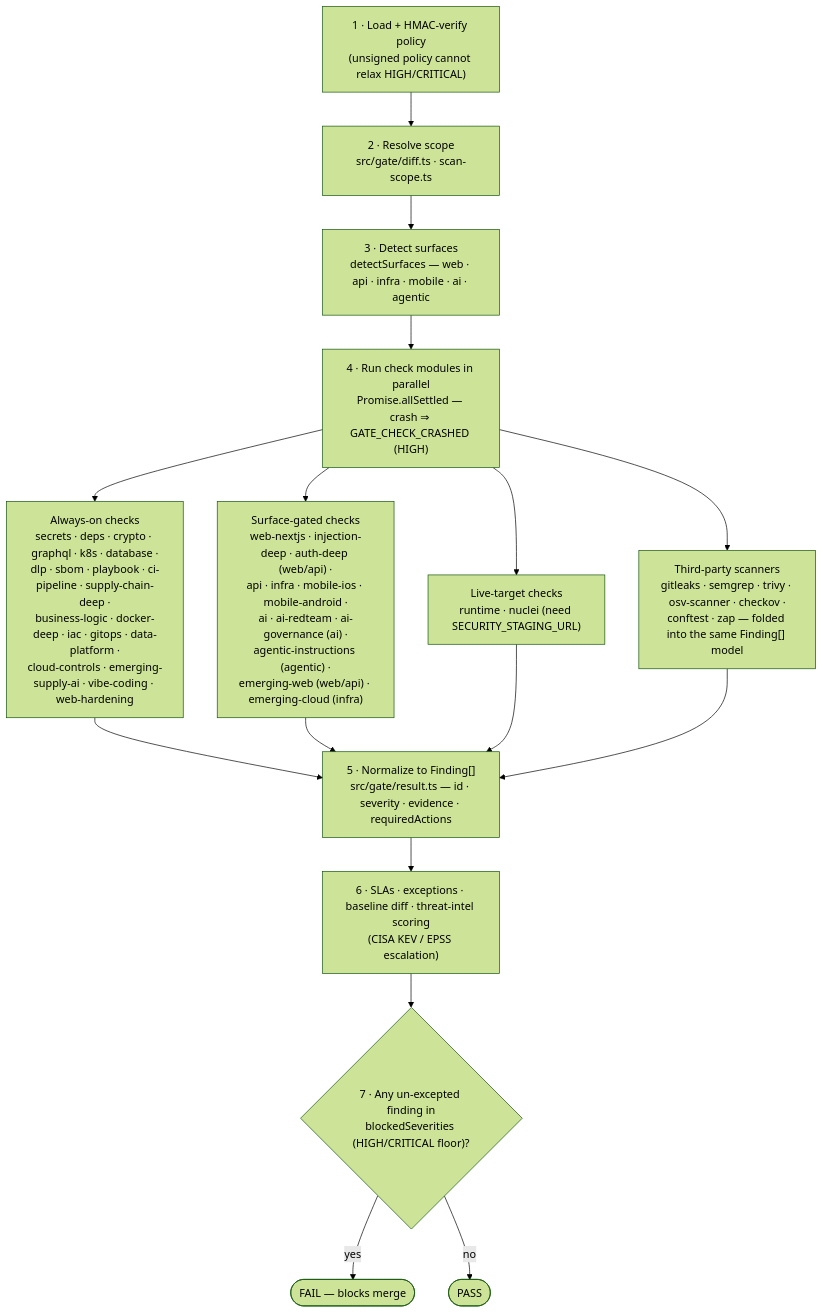
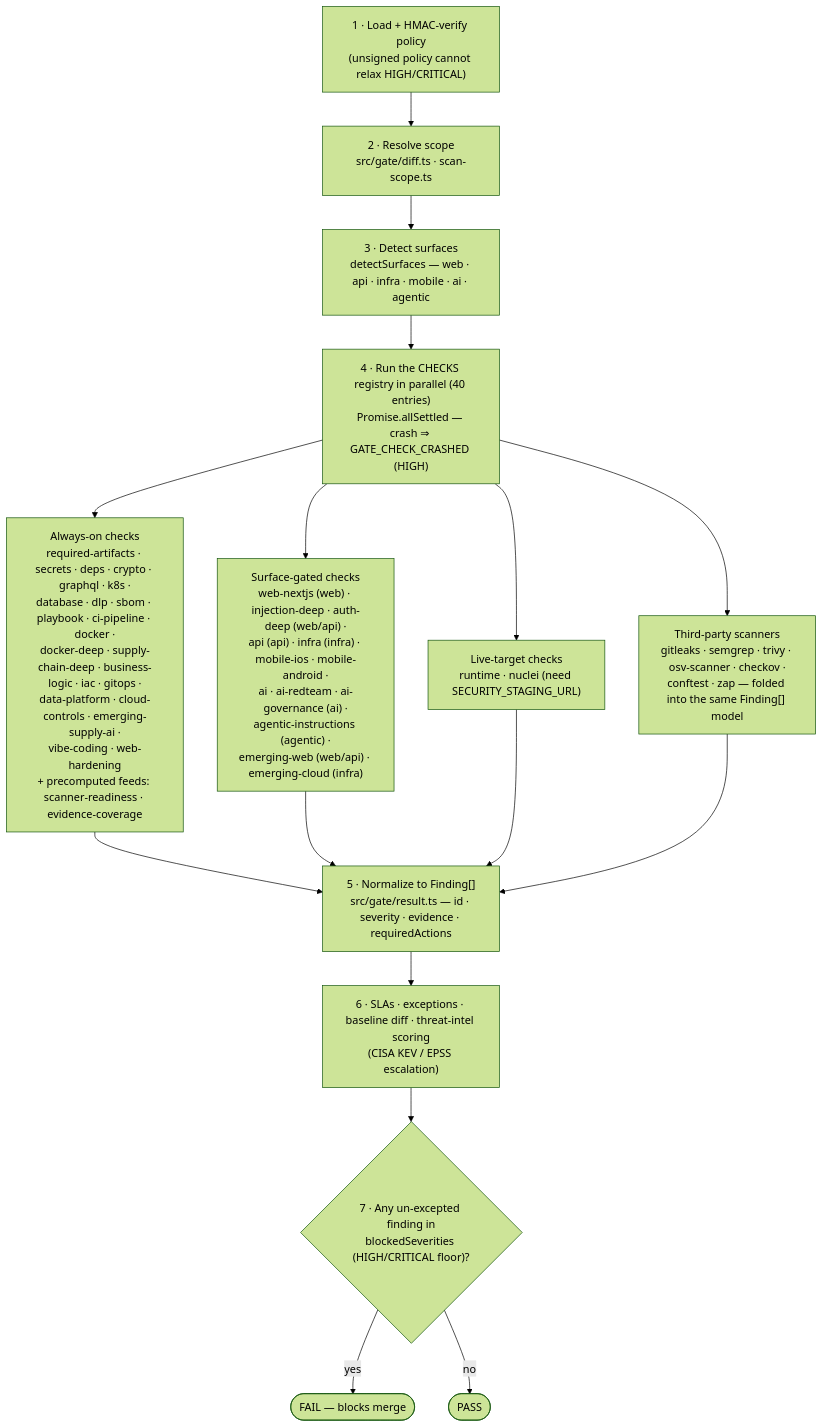
The second of 4 diagrams in docs/ARCHITECTURE.md (AbrahamOO/security-mcp), drawn with Mermaid (forest theme) before and after one commit. The commit also changed other lines of this file and 5 other files, not shown here.

````diff
--- a/docs/ARCHITECTURE.md
+++ b/docs/ARCHITECTURE.md
@@ -48,17 +48,17 @@
 ```mermaid
 flowchart TD
     P1["1 · Load + HMAC-verify policy<br/>(unsigned policy cannot relax HIGH/CRITICAL)"] --> P2
     P2["2 · Resolve scope<br/>src/gate/diff.ts · scan-scope.ts"] --> P3
     P3["3 · Detect surfaces<br/>detectSurfaces — web · api · infra · mobile · ai · agentic"] --> P4
-    P4["4 · Run check modules in parallel<br/>Promise.allSettled — crash ⇒ GATE_CHECK_CRASHED (HIGH)"]
-    P4 --> A["Always-on checks<br/>secrets · deps · crypto · graphql · k8s · database ·<br/>dlp · sbom · playbook · ci-pipeline · supply-chain-deep ·<br/>business-logic · docker-deep · iac · gitops · data-platform ·<br/>cloud-controls · emerging-supply-ai · vibe-coding · web-hardening"]
-    P4 --> S["Surface-gated checks<br/>web-nextjs · injection-deep · auth-deep (web/api) ·<br/>api · infra · mobile-ios · mobile-android ·<br/>ai · ai-redteam · ai-governance (ai) ·<br/>agentic-instructions (agentic) ·<br/>emerging-web (web/api) · emerging-cloud (infra)"]
+    P4["4 · Run the CHECKS registry in parallel (40 entries)<br/>Promise.allSettled — crash ⇒ GATE_CHECK_CRASHED (HIGH)"]
+    P4 --> A["Always-on checks<br/>required-artifacts · secrets · deps · crypto · graphql · k8s ·<br/>database · dlp · sbom · playbook · ci-pipeline · docker ·<br/>docker-deep · supply-chain-deep · business-logic · iac · gitops ·<br/>data-platform · cloud-controls · emerging-supply-ai ·<br/>vibe-coding · web-hardening<br/>+ precomputed feeds: scanner-readiness · evidence-coverage"]
+    P4 --> S["Surface-gated checks<br/>web-nextjs (web) · injection-deep · auth-deep (web/api) ·<br/>api (api) · infra (infra) · mobile-ios · mobile-android ·<br/>ai · ai-redteam · ai-governance (ai) ·<br/>agentic-instructions (agentic) ·<br/>emerging-web (web/api) · emerging-cloud (infra)"]
     P4 --> L["Live-target checks<br/>runtime · nuclei (need SECURITY_STAGING_URL)"]
     P4 --> X["Third-party scanners<br/>gitleaks · semgrep · trivy · osv-scanner · checkov ·<br/>conftest · zap — folded into the same Finding[] model"]
     A --> P5; S --> P5; L --> P5; X --> P5
     P5["5 · Normalize to Finding[]<br/>src/gate/result.ts — id · severity · evidence · requiredActions"] --> P6
     P6["6 · SLAs · exceptions · baseline diff · threat-intel scoring<br/>(CISA KEV / EPSS escalation)"] --> P7
     P7{"7 · Any un-excepted finding in<br/>blockedSeverities (HIGH/CRITICAL floor)?"}
     P7 -- yes --> FAIL(["FAIL — blocks merge"])
     P7 -- no --> PASS(["PASS"])
 ```
````
